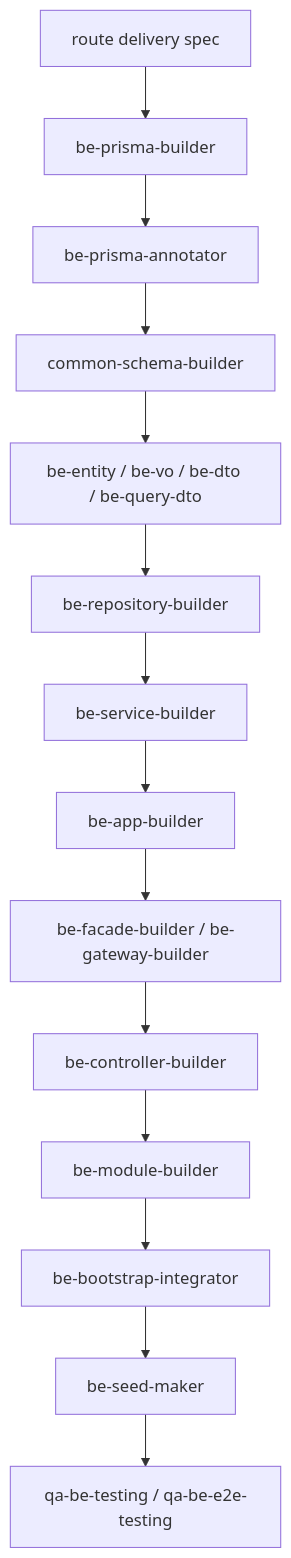
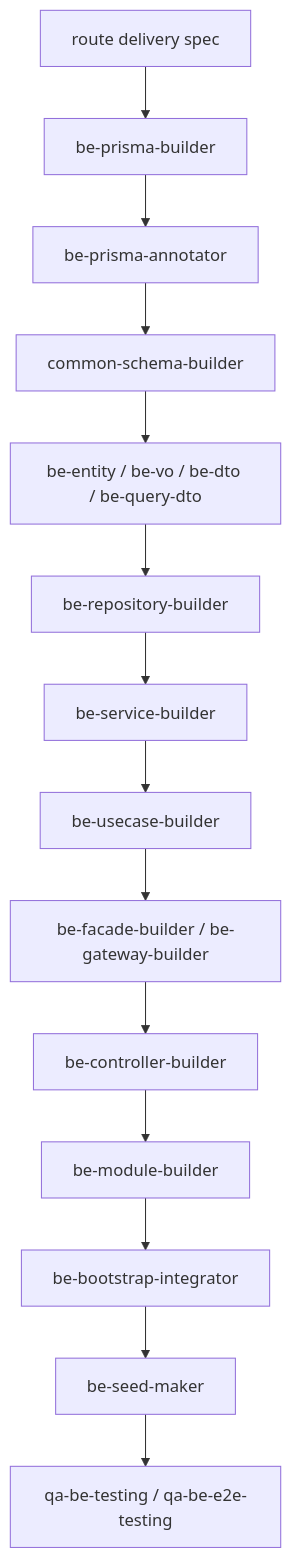
One commit to kimjoongwon/prj-core changed the third of 5 diagrams in docs/orchestration-agent-relationship-flow.md. Above: the diagram before and after it, drawn with Mermaid. The commit also changed other lines of this file and 1759 other files, not shown here.

````diff
--- a/docs/orchestration-agent-relationship-flow.md
+++ b/docs/orchestration-agent-relationship-flow.md
@@ -158,16 +158,16 @@
 ```mermaid
 flowchart TD
   Spec["route delivery spec"] --> P["be-prisma-builder"]
   P --> PA["be-prisma-annotator"]
   PA --> S["common-schema-builder"]
   S --> M["be-entity / be-vo / be-dto / be-query-dto"]
   M --> R["be-repository-builder"]
   R --> SV["be-service-builder"]
-  SV --> APP["be-app-builder"]
-  APP --> F["be-facade-builder / be-gateway-builder"]
+  SV --> UC["be-usecase-builder"]
+  UC --> F["be-facade-builder / be-gateway-builder"]
   F --> C["be-controller-builder"]
   C --> MOD["be-module-builder"]
   MOD --> BOOT["be-bootstrap-integrator"]
   BOOT --> SEED["be-seed-maker"]
   SEED --> QA["qa-be-testing / qa-be-e2e-testing"]
 ```
````
